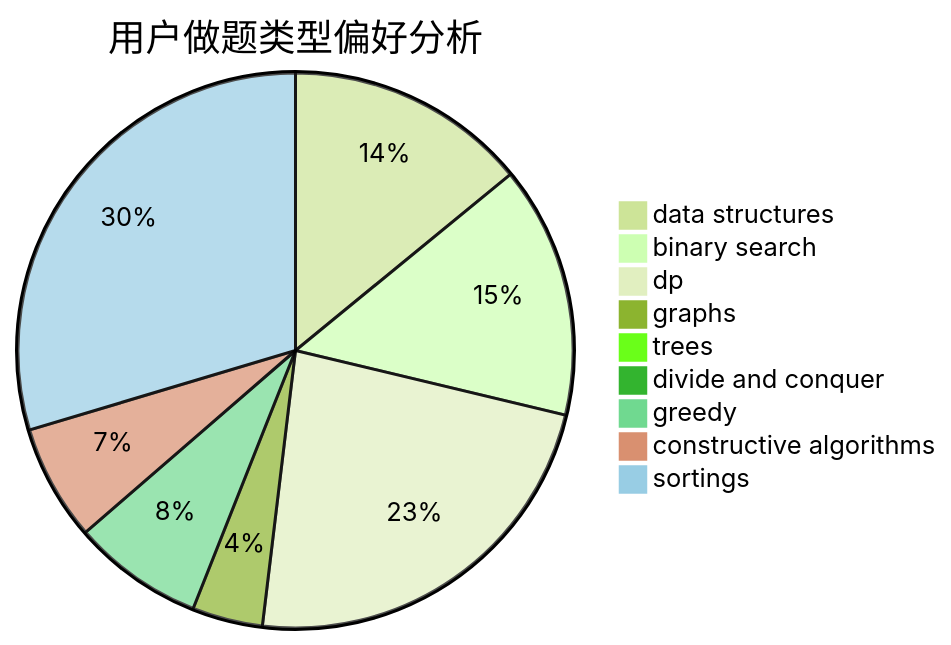
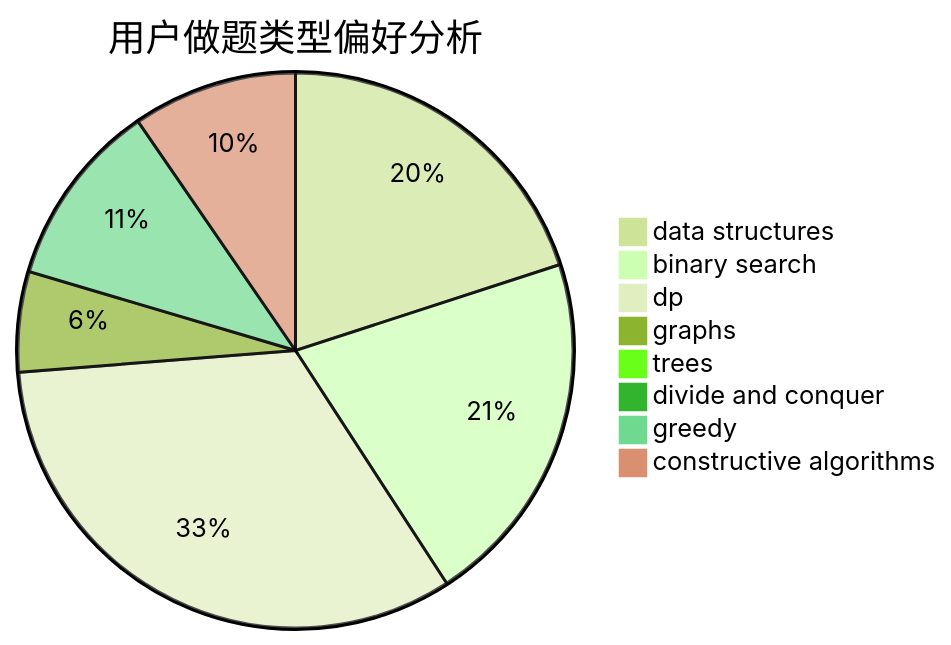
The second of 3 diagrams in docs/user/u1110.md (sherpahu/cfrs.github.io), drawn with Mermaid (forest theme) before and after one commit. The commit also changed other lines of this file and 2769 other files, not shown here.

````diff
--- a/docs/user/u1110.md
+++ b/docs/user/u1110.md
@@ -18,12 +18,11 @@
 ```mermaid
 pie title 用户做题类型偏好分析
     "data structures" :  48
     "binary search" :  50
     "dp" :  79
     "graphs" :  14
     "trees" :  0
     "divide and conquer" :  0
     "greedy" :  26
     "constructive algorithms" :  23
-    "sortings" :  101
 ```
````
